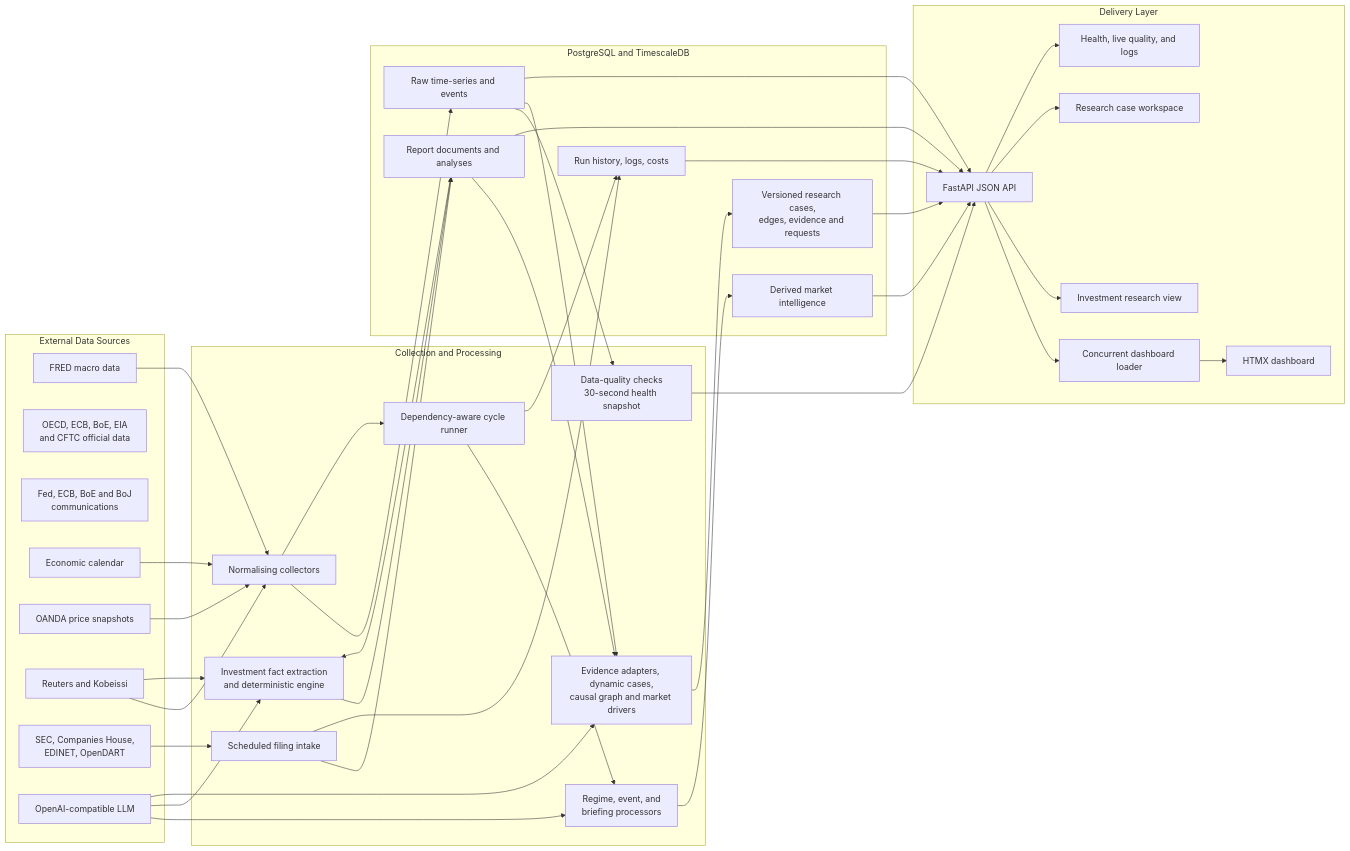
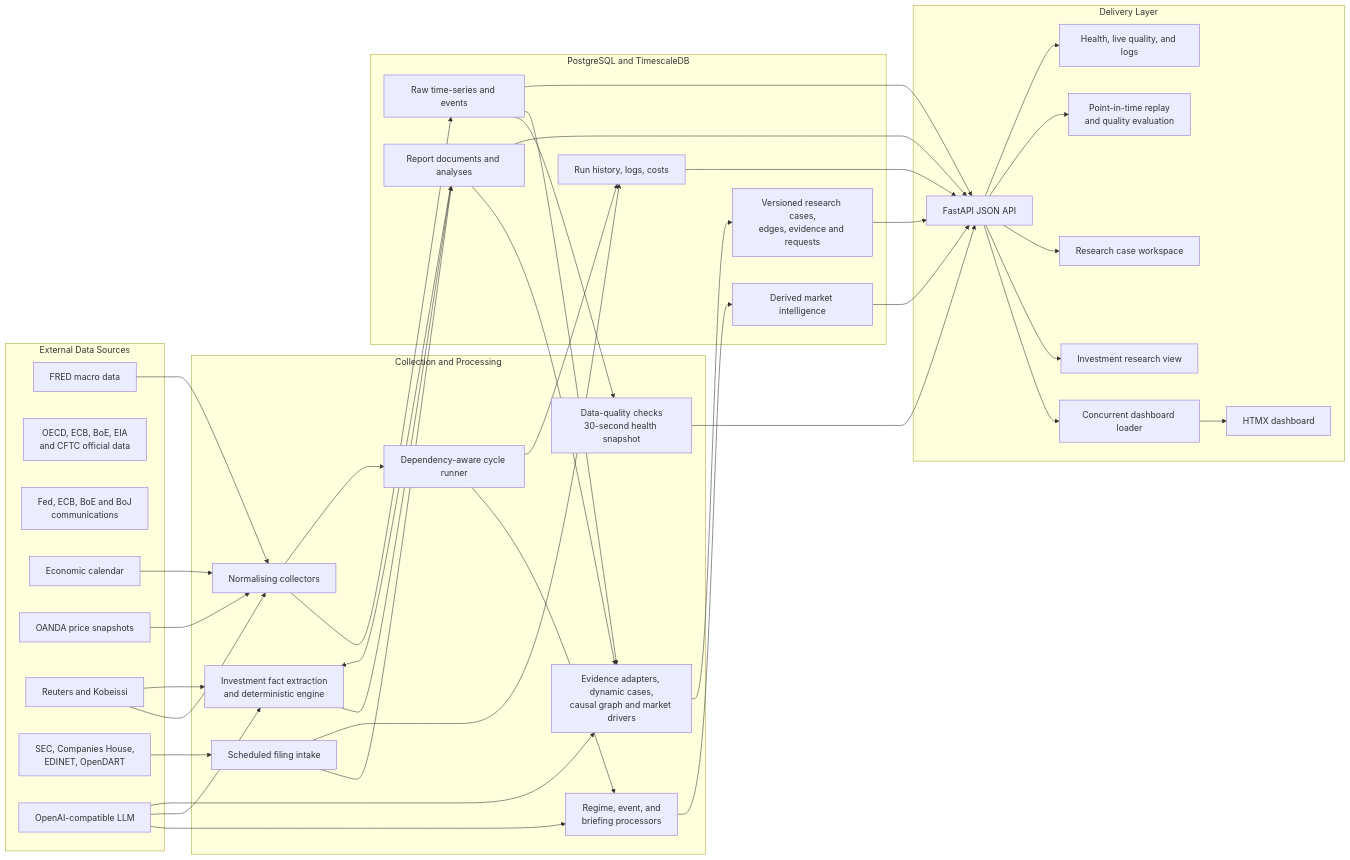
Before and after one commit to cpu23/trading-data-platform: the diagram in README.md, drawn with Mermaid. The commit also changed other lines of this file and 3 other files, not shown here.

````diff
--- a/README.md
+++ b/README.md
@@ -39,71 +39,73 @@
 ```mermaid
 flowchart LR
     subgraph Sources["External Data Sources"]
         FRED["FRED macro data"]
         Official["OECD, ECB, BoE, EIA<br/>and CFTC official data"]
         CentralBanks["Fed, ECB, BoE and BoJ<br/>communications"]
         Calendar["Economic calendar"]
         OANDA["OANDA price snapshots"]
         News["Reuters and Kobeissi"]
         Filings["SEC, Companies House,<br/>EDINET, OpenDART"]
         LLM["OpenAI-compatible LLM"]
     end
 
     subgraph Orchestration["Collection and Processing"]
         Collectors["Normalising collectors"]
         Cycle["Dependency-aware cycle runner"]
         FilingIntake["Scheduled filing intake"]
         Investment["Investment fact extraction<br/>and deterministic engine"]
         Intelligence["Regime, event, and<br/>briefing processors"]
         ResearchEngine["Evidence adapters, dynamic cases,<br/>causal graph and market drivers"]
         Quality["Data-quality checks<br/>30-second health snapshot"]
     end
 
     subgraph Storage["PostgreSQL and TimescaleDB"]
         Raw["Raw time-series and events"]
         Reports["Report documents and analyses"]
         Derived["Derived market intelligence"]
         Cases["Versioned research cases,<br/>edges, evidence and requests"]
         Operations["Run history, logs, costs"]
     end
 
     subgraph Delivery["Delivery Layer"]
         API["FastAPI JSON API"]
         Fanout["Concurrent dashboard loader"]
         Dashboard["HTMX dashboard"]
         Investments["Investment research view"]
         Research["Research case workspace"]
+        Evaluation["Point-in-time replay<br/>and quality evaluation"]
         Health["Health, live quality, and logs"]
     end
 
     FRED --> Collectors
     Calendar --> Collectors
     OANDA --> Collectors
     News --> Collectors
     Collectors --> Raw
     Collectors --> Cycle
 
     Cycle --> Intelligence
     LLM --> Intelligence --> Derived
     Raw --> Quality --> API
 
     Filings --> FilingIntake --> Reports
     Reports --> Investment
     News --> Investment
     LLM --> Investment --> Reports
     Raw --> ResearchEngine
     Reports --> ResearchEngine
     LLM --> ResearchEngine --> Cases
     Cycle --> Operations
     FilingIntake --> Operations
 
     Raw --> API
     Reports --> API
     Derived --> API
     Cases --> API
     Operations --> API
     API --> Fanout --> Dashboard
     API --> Investments
     API --> Research
+    API --> Evaluation
     API --> Health
 ```
````
